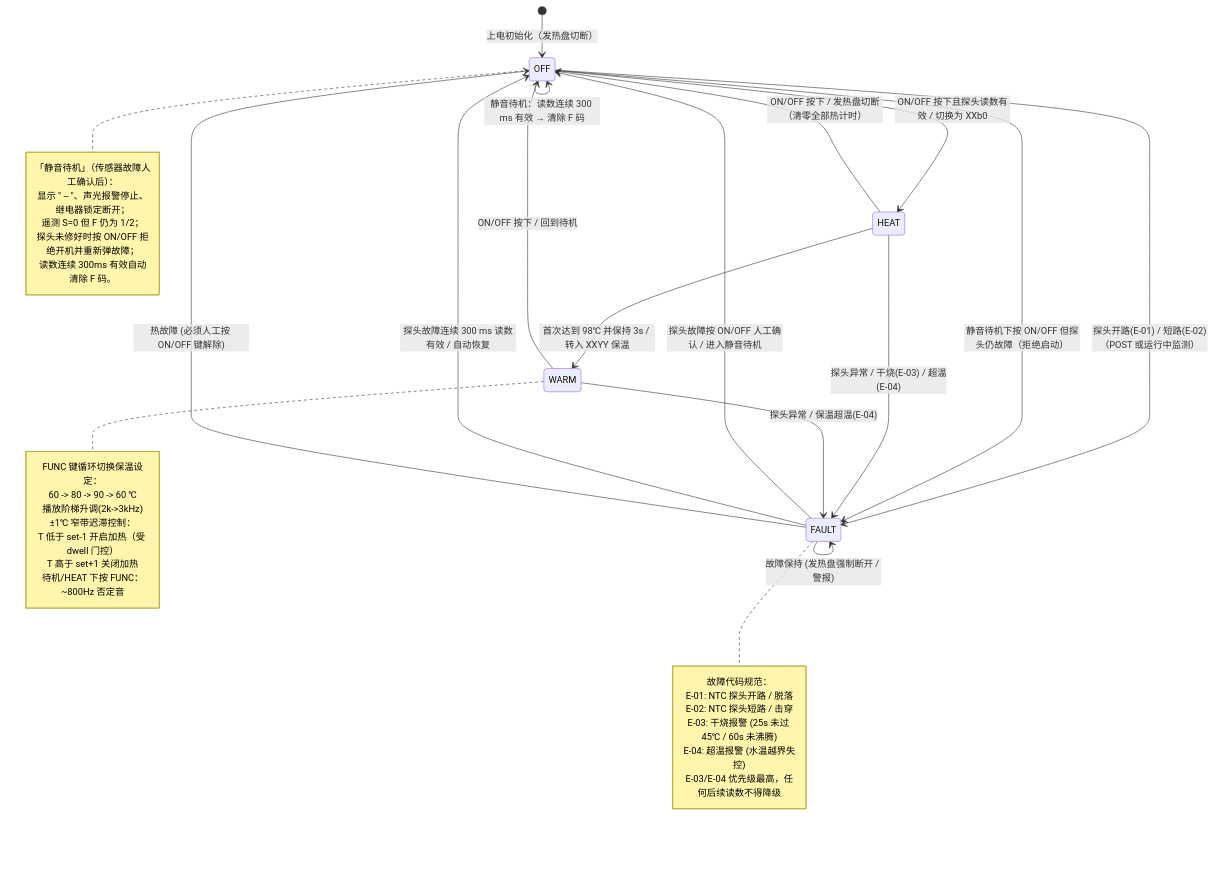
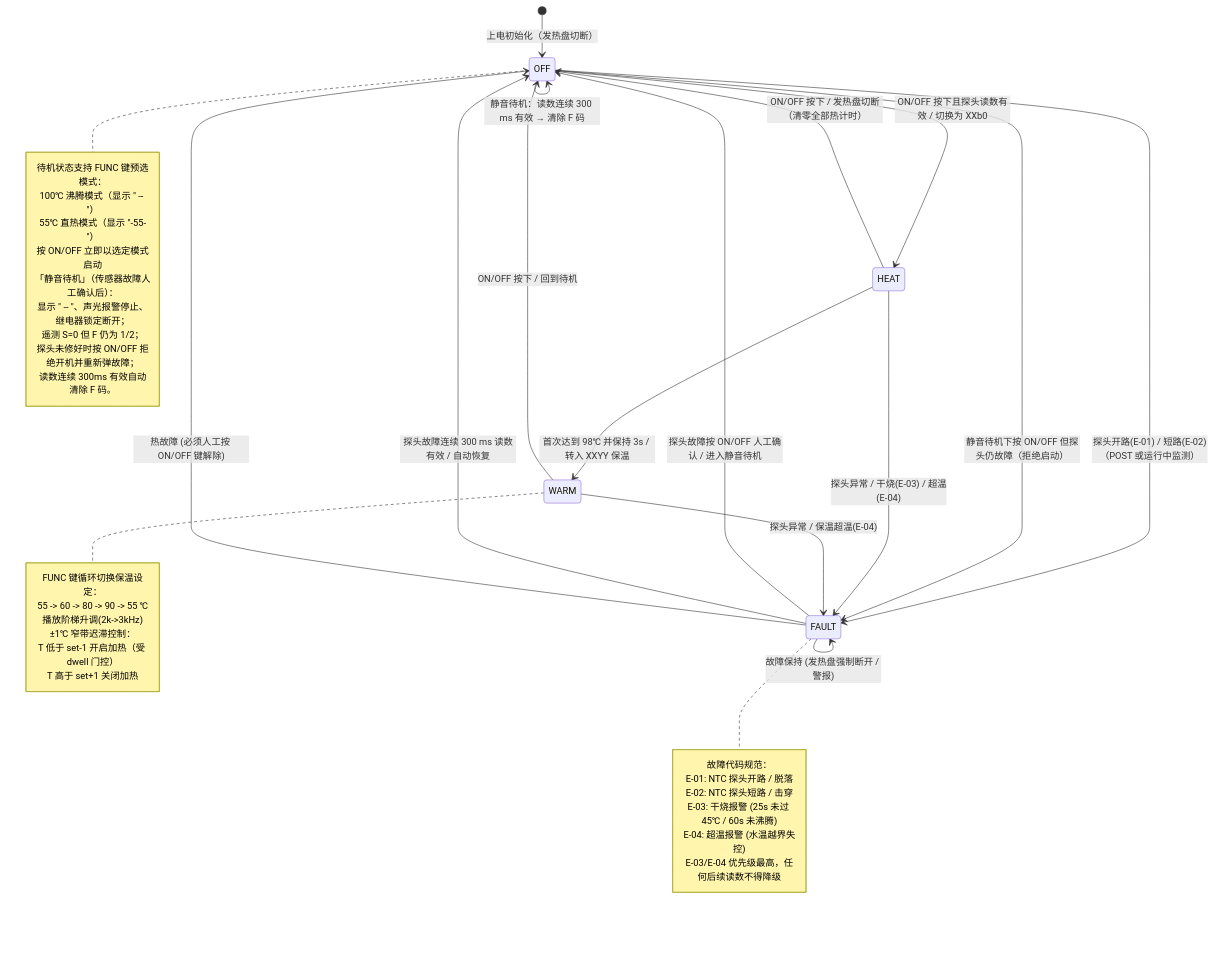
The diagram in wink-micro-app/mcs51_health_pot/docs/DESIGN.md (wink-cloud-hub/wink-ai-embedded), drawn with Mermaid before and after one commit. The commit also changed other lines of this file and 3 other files, not shown here.

````diff
--- a/wink-micro-app/mcs51_health_pot/docs/DESIGN.md
+++ b/wink-micro-app/mcs51_health_pot/docs/DESIGN.md
@@ -92,49 +92,52 @@
 ```mermaid
 stateDiagram-v2
     [*] --> OFF : 上电初始化（发热盘切断）
 
     OFF --> HEAT : ON/OFF 按下且探头读数有效 / 切换为 XXb0
     OFF --> FAULT : 探头开路(E-01) / 短路(E-02)（POST 或运行中监测）
     OFF --> FAULT : 静音待机下按 ON/OFF 但探头仍故障（拒绝启动）
 
     HEAT --> OFF : ON/OFF 按下 / 发热盘切断（清零全部热计时）
     HEAT --> WARM : 首次达到 98℃ 并保持 3s / 转入 XXYY 保温
     HEAT --> FAULT : 探头异常 / 干烧(E-03) / 超温(E-04)
 
     WARM --> OFF : ON/OFF 按下 / 回到待机
     WARM --> FAULT : 探头异常 / 保温超温(E-04)
 
     FAULT --> OFF : 探头故障按 ON/OFF 人工确认 / 进入静音待机
     FAULT --> OFF : 探头故障连续 300 ms 读数有效 / 自动恢复
     FAULT --> OFF : 热故障 (必须人工按 ON/OFF 键解除)
     FAULT --> FAULT : 故障保持 (发热盘强制断开 / 警报)
 
     OFF --> OFF : 静音待机：读数连续 300 ms 有效 → 清除 F 码
 
     note right of WARM
         FUNC 键循环切换保温设定：
-        60 -> 80 -> 90 -> 60 ℃
+        55 -> 60 -> 80 -> 90 -> 55 ℃
         播放阶梯升调(2k->3kHz)
         ±1℃ 窄带迟滞控制：
         T 低于 set-1 开启加热（受 dwell 门控）
         T 高于 set+1 关闭加热
-        待机/HEAT 下按 FUNC：~800Hz 否定音
     end note
 
     note right of OFF
+        待机状态支持 FUNC 键预选模式：
+        100℃ 沸腾模式（显示 " -- "）
+        55℃ 直热模式（显示 "-55-"）
+        按 ON/OFF 立即以选定模式启动
         「静音待机」（传感器故障人工确认后）：
         显示 " -- "、声光报警停止、继电器锁定断开；
         遥测 S=0 但 F 仍为 1/2；
         探头未修好时按 ON/OFF 拒绝开机并重新弹故障；
         读数连续 300ms 有效自动清除 F 码。
     end note
 
     note right of FAULT
         故障代码规范：
         E-01: NTC 探头开路 / 脱落
         E-02: NTC 探头短路 / 击穿
         E-03: 干烧报警 (25s 未过 45℃ / 60s 未沸腾)
         E-04: 超温报警 (水温越界失控)
         E-03/E-04 优先级最高，任何后续读数不得降级
     end note
 ```
````
